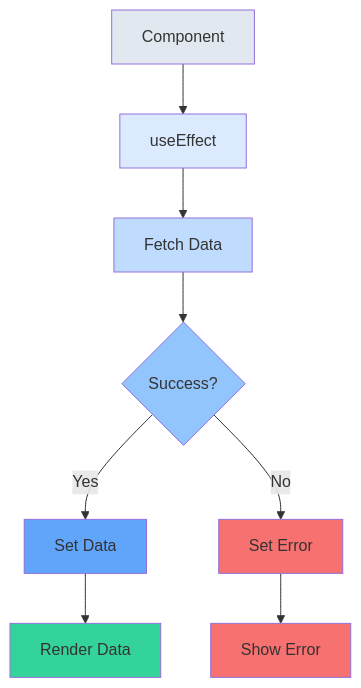
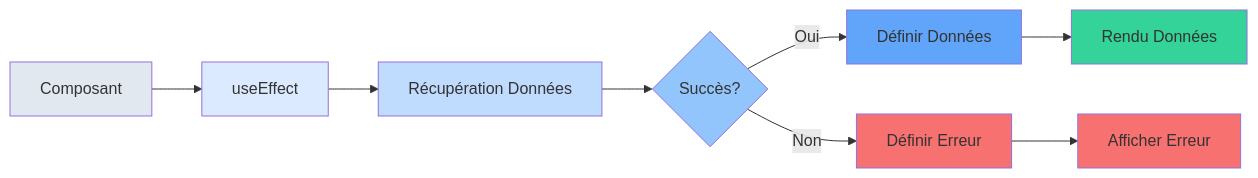
One commit to mianala/rn-intro-slides changed the first of 3 diagrams in pages/44-backend.md. Above: the diagram before and after it, drawn with Mermaid. The commit also changed other lines of this file and 354 other files, not shown here.

````diff
--- a/pages/44-backend.md
+++ b/pages/44-backend.md
@@ -214,19 +144,19 @@
 ```mermaid
-graph TD
-    A[Component] --> B[useEffect]
-    B --> C[Fetch Data]
-    C --> D{Success?}
-    D -->|Yes| E[Set Data]
-    D -->|No| F[Set Error]
-    E --> G[Render Data]
-    F --> H[Show Error]
-    
+graph LR
+    A[Composant] --> B[useEffect]
+    B --> C[Récupération Données]
+    C --> D{Succès?}
+    D -->|Oui| E[Définir Données]
+    D -->|Non| F[Définir Erreur]
+    E --> G[Rendu Données]
+    F --> H[Afficher Erreur]
+
     style A fill:#e2e8f0
     style B fill:#dbeafe
     style C fill:#bfdbfe
     style D fill:#93c5fd
     style E fill:#60a5fa
     style F fill:#f87171
     style G fill:#34d399
     style H fill:#f87171
 ```
````
